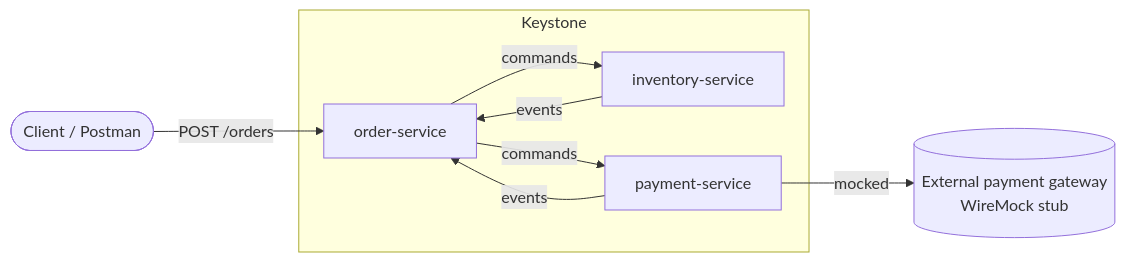
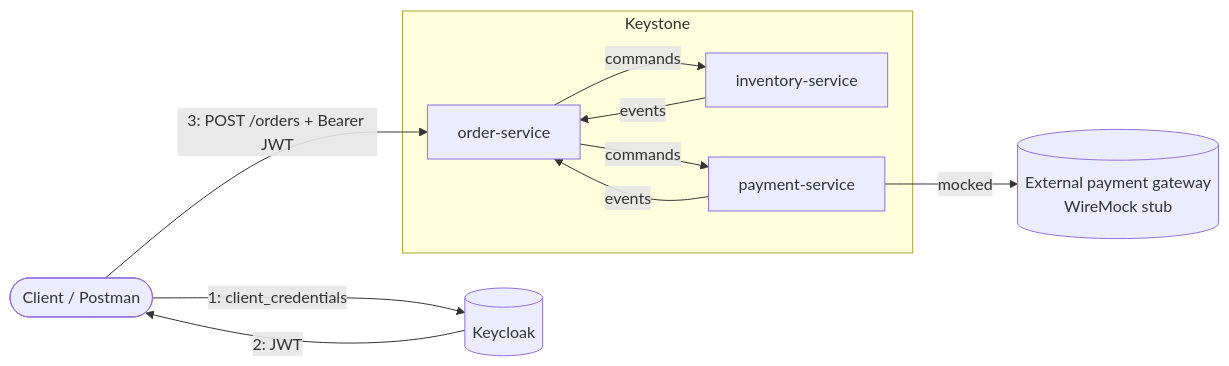
The first of 3 diagrams in docs/architecture.md (sarco-consulting/keystone), drawn with Mermaid before and after one commit. The commit also changed other lines of this file and 24 other files, not shown here.

First line of the commit message:
feat: Implement JWT authentication via Keycloak for order and payment services

````diff
--- a/docs/architecture.md
+++ b/docs/architecture.md
@@ -9,14 +9,17 @@
 ```mermaid
 flowchart LR
     Client([Client / Postman])
-    Client -->|POST /orders| Order[order-service]
+    KC[(Keycloak)]
+    Client -->|1: client_credentials| KC
+    KC -->|2: JWT| Client
+    Client -->|3: POST /orders + Bearer JWT| Order[order-service]
 
     subgraph Keystone
         Order -->|commands| Inventory[inventory-service]
         Order -->|commands| Payment[payment-service]
         Inventory -->|events| Order
         Payment -->|events| Order
     end
 
     Payment -->|mocked| Gateway[(External payment gateway\nWireMock stub)]
 ```
````
